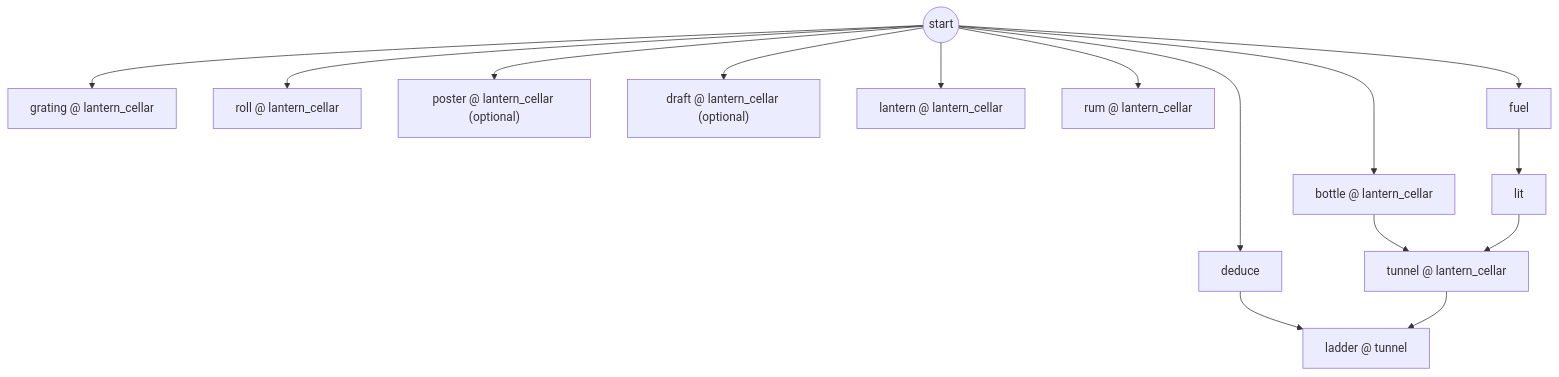
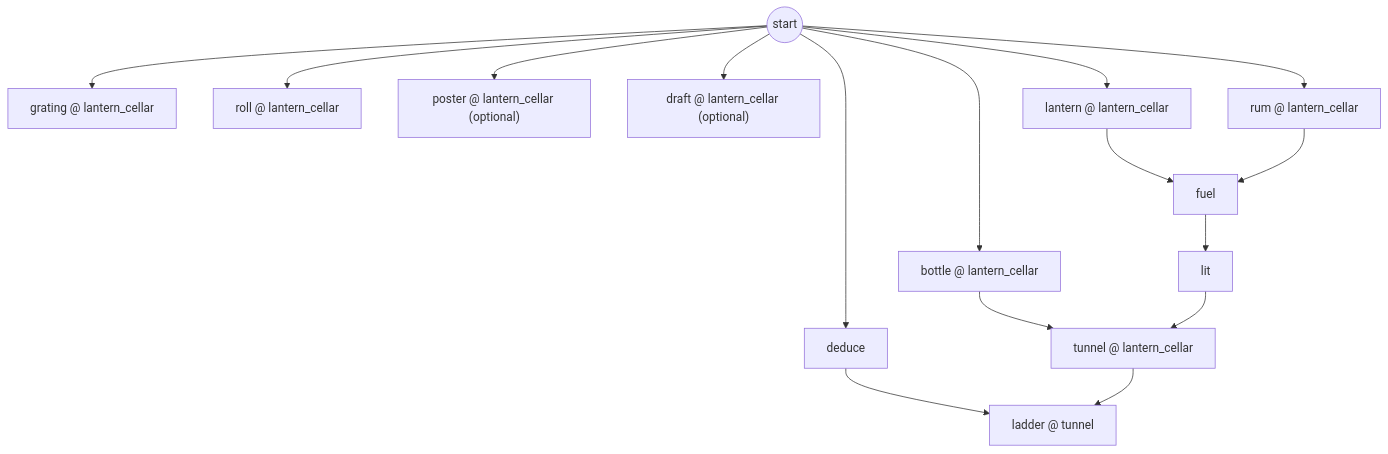
The sixth of 8 diagrams in nightlatch/docs/PUZZLE_GRAPH.md (GasPhil1968/kolo-srece), drawn with Mermaid before and after one commit. The commit also changed other lines of this file and 216 other files, not shown here.

````diff
--- a/nightlatch/docs/PUZZLE_GRAPH.md
+++ b/nightlatch/docs/PUZZLE_GRAPH.md
@@ -379,30 +389,31 @@
 ```mermaid
 flowchart TD
   start6((start))
   c6_grating["grating @ lantern_cellar"]
   c6_roll["roll @ lantern_cellar"]
   c6_poster["poster @ lantern_cellar (optional)"]
   c6_draft["draft @ lantern_cellar (optional)"]
   c6_bottle["bottle @ lantern_cellar"]
   c6_lantern["lantern @ lantern_cellar"]
   c6_rum["rum @ lantern_cellar"]
   c6_fuel["fuel"]
   c6_lit["lit"]
   c6_deduce["deduce"]
   c6_tunnel["tunnel @ lantern_cellar"]
   c6_ladder["ladder @ tunnel"]
   start6 --> c6_grating
   start6 --> c6_roll
   start6 --> c6_poster
   start6 --> c6_draft
   start6 --> c6_bottle
   start6 --> c6_lantern
   start6 --> c6_rum
-  start6 --> c6_fuel
+  c6_lantern --> c6_fuel
+  c6_rum --> c6_fuel
   c6_fuel --> c6_lit
   start6 --> c6_deduce
   c6_bottle --> c6_tunnel
   c6_lit --> c6_tunnel
   c6_deduce --> c6_ladder
   c6_tunnel --> c6_ladder
 ```
````
